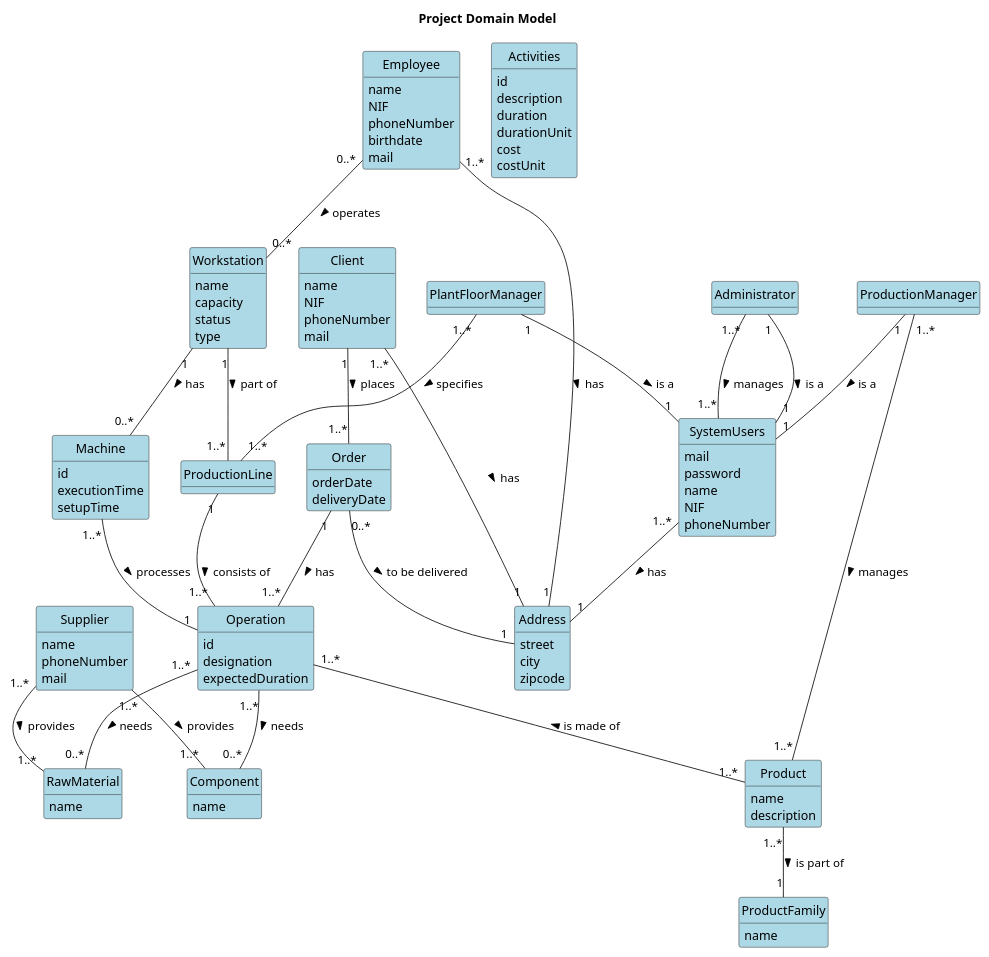
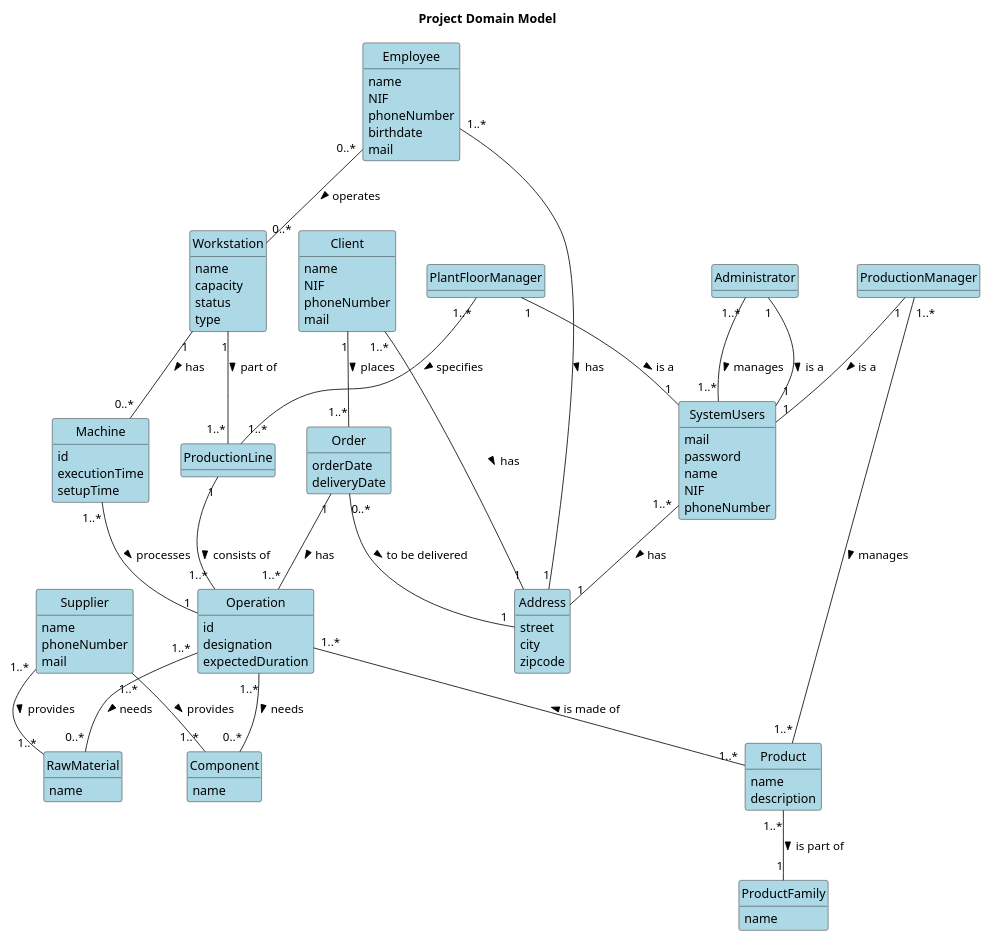
Before and after one commit to ricardomm7/buildflow: the diagram in others/documentation/global-artifacts/domain-model.puml, drawn with PlantUML. The commit also changed 8 other files, not shown here.

```diff
--- a/others/documentation/global-artifacts/domain-model.puml
+++ b/others/documentation/global-artifacts/domain-model.puml
@@ -1,140 +1,131 @@
 @startuml
 skinparam classBackgroundColor #ADD8E6
 skinparam packageStyle rectangle
 skinparam shadowing false
 skinparam classAttributeIconSize 0
 hide circle
 hide methods
 'left to right direction
 
 
 title Project Domain Model
 
 class ProductionLine{
 
 }
 
 class Administrator{
 
 }
 
 class SystemUsers{
     mail
     password
     name
     NIF
     phoneNumber
 }
 
 class PlantFloorManager{
 
 }
 class ProductionManager{
 
 }
 
 class RawMaterial {
     name
 }
 
 class Product {
     name
     description
 }
 
 class Component {
     name
 }
 
 class Machine {
     id
     executionTime
     setupTime
 }
 
 class Employee {
     name
     NIF
     phoneNumber
     birthdate
     mail
 }
 
 class Operation {
     id
     designation
     expectedDuration
 }
 
 class Workstation {
     name
     capacity
     status
     type
 }
 
 class Order {
     product(s)
     orderDate
     deliveryDate
 }
 
 class Client {
     name
     NIF
     phoneNumber
     mail
 }
 
 class Address {
     street
     city
     zipcode
 }
 
 class ProductFamily {
     name
 }
 
 class Supplier{
     name
     phoneNumber
     mail
 }
 
-class Activities {
-    id
-    description
-    duration
-    durationUnit
-    cost
-    costUnit
-}
-
 Supplier "1..*" -- "1..*" RawMaterial : provides >
 Supplier "1..*" -- "1..*" Component : provides >
 
 
 Operation "1..*" -- "0..*" RawMaterial : needs >
 Operation "1..*" -- "0..*" Component : needs >
 
 Administrator"1" -- "1" SystemUsers: is a >
 ProductionManager"1" -- "1" SystemUsers: is a >
 PlantFloorManager"1" -- "1" SystemUsers: is a >
 Administrator"1..*" -- "1..*" SystemUsers: manages >
 PlantFloorManager"1..*" -- "1..*" ProductionLine: specifies >
 Workstation "1" -- "0..*" Machine: has >
 ProductionManager "1..*" -- "1..*" Product: manages >
 Operation "1..*" -- "1..*" Product : is made of <
 Order "1" -- "1..*" Operation : has >
 Client "1" -- "1..*" Order : places >
 Machine "1..*" -- "1" Operation : processes >
 Employee "0..*" -- "0..*" Workstation : operates >
 Workstation "1" -- "1..*" ProductionLine : part of >
 Client "1..*" -- "1" Address : has >
 Order "0..*" -- "1" Address : to be delivered >
 Employee "1..*" -- "1" Address : has >
 SystemUsers "1..*" -- "1" Address : has >
 Product "1..*" -- "1" ProductFamily : is part of >
 ProductionLine "1" -- "1..*" Operation : consists of >
 @enduml
```
